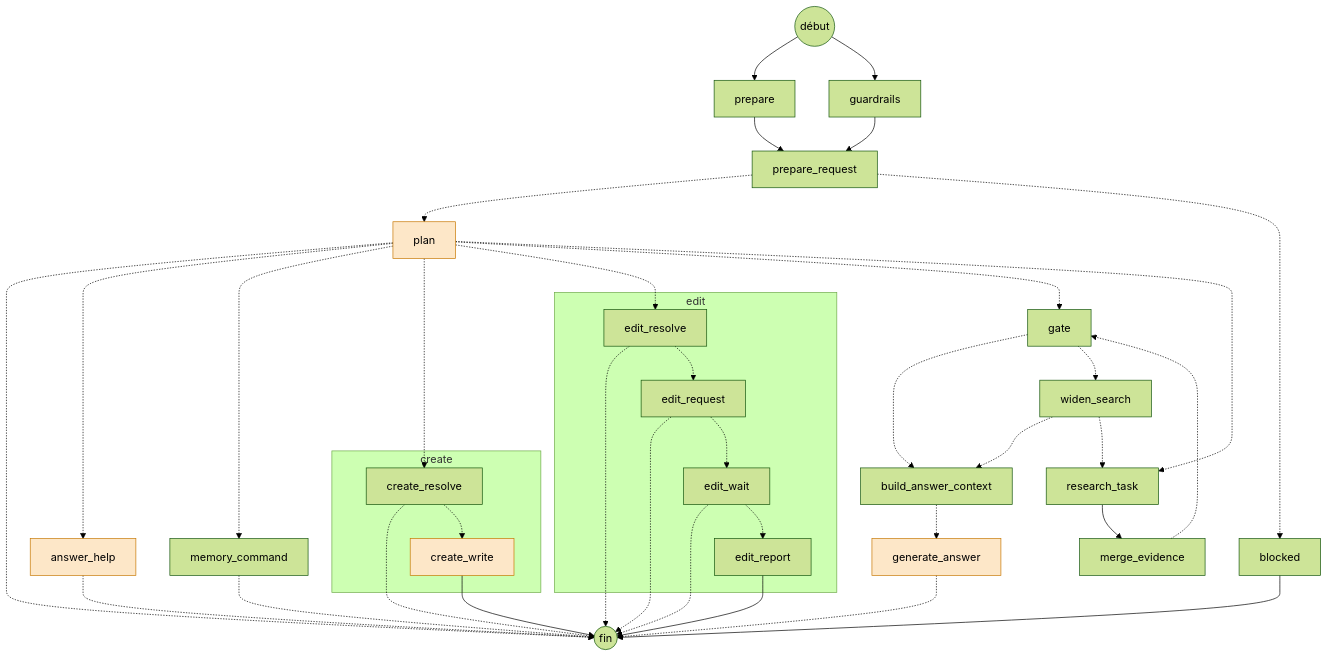
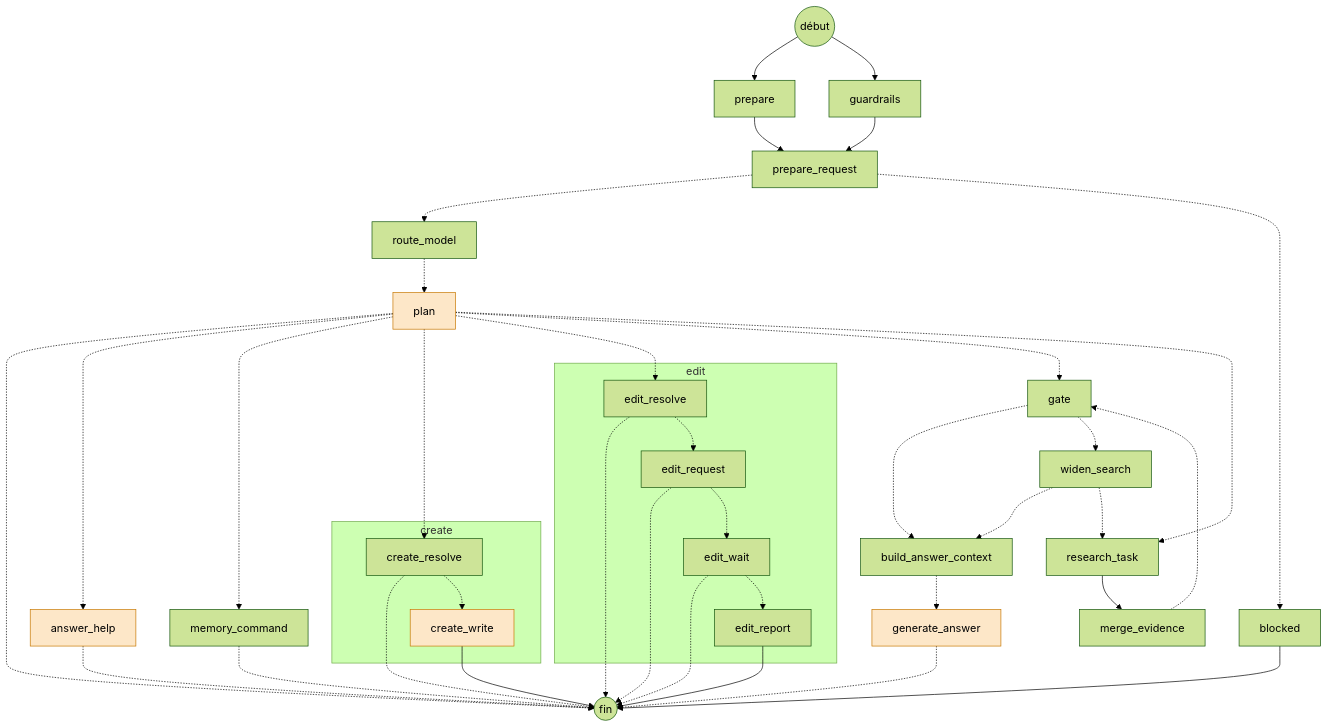
One commit to IA-Generative/Muffin changed the diagram in docs/agent-execution-graph.md. Above: the diagram before and after it, drawn with Mermaid (forest theme). The commit also changed other lines of this file and 1 other file, not shown here.

Commit message:
docs(modèles): mode Auto, score des modèles et nœud route_model

````diff
--- a/docs/agent-execution-graph.md
+++ b/docs/agent-execution-graph.md
@@ -14,63 +14,65 @@
 ```mermaid
 flowchart TD
     prepare[prepare]
     guardrails[guardrails]
     prepare_request[prepare_request]
     blocked[blocked]
+    route_model[route_model]
     plan[plan]
     answer_help[answer_help]
     memory_command[memory_command]
     merge_evidence[merge_evidence]
     gate[gate]
     widen_search[widen_search]
     build_answer_context[build_answer_context]
     generate_answer[generate_answer]
     subgraph edit_sub [edit]
         edit__edit_resolve[edit_resolve]
         edit__edit_request[edit_request]
         edit__edit_wait[edit_wait]
         edit__edit_report[edit_report]
     end
     subgraph create_sub [create]
         create__create_resolve[create_resolve]
         create__create_write[create_write]
     end
     __start__(( début ))
     __end__(( fin ))
     __start__ --> prepare
     __start__ --> guardrails
     prepare --> prepare_request
     guardrails --> prepare_request
-    prepare_request -.-> plan
+    prepare_request -.-> route_model
+    route_model -.-> plan
     prepare_request -.-> blocked
     blocked --> __end__
     answer_help -.-> __end__
     build_answer_context -.-> generate_answer
     gate -.-> build_answer_context
     gate -.-> widen_search
     generate_answer -.-> __end__
     merge_evidence -.-> gate
     plan -.-> __end__
     plan -.-> answer_help
     plan -.-> memory_command
     memory_command -.-> __end__
     plan -.-> create__create_resolve
     plan -.-> edit__edit_resolve
     plan -.-> gate
     plan -.-> research_task
     research_task --> merge_evidence
     widen_search -.-> build_answer_context
     widen_search -.-> research_task
     edit__edit_request -.-> __end__
     edit__edit_request -.-> edit__edit_wait
     edit__edit_resolve -.-> __end__
     edit__edit_resolve -.-> edit__edit_request
     edit__edit_wait -.-> __end__
     edit__edit_wait -.-> edit__edit_report
     edit__edit_report --> __end__
     create__create_resolve -.-> __end__
     create__create_resolve -.-> create__create_write
     create__create_write --> __end__
     classDef llm fill:#fde7c8,stroke:#c77700
     class answer_help,create__create_write,generate_answer,plan llm
 ```
````
